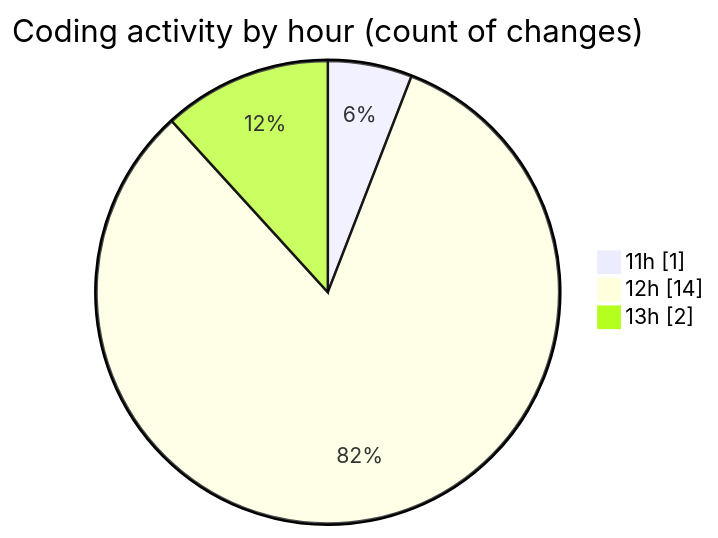
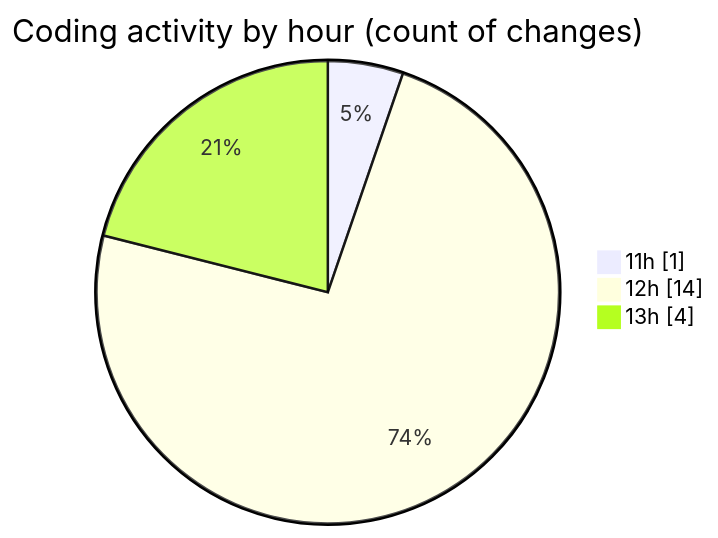
One commit to nxtqubesakshisongat/code-tracking changed the second of 2 diagrams in 2026-07-13/nxtqube_webapp/README.md. Above: the diagram before and after it, drawn with Mermaid. The commit also changed other lines of this file and 1 other file, not shown here.

````diff
--- a/2026-07-13/nxtqube_webapp/README.md
+++ b/2026-07-13/nxtqube_webapp/README.md
@@ -36,7 +38,7 @@
 ```mermaid
 pie showData
 title Coding activity by hour (count of changes)
 "11h" : 1
 "12h" : 14
-"13h" : 2
+"13h" : 4
 ```
````
